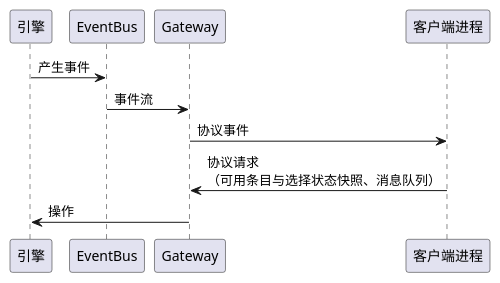
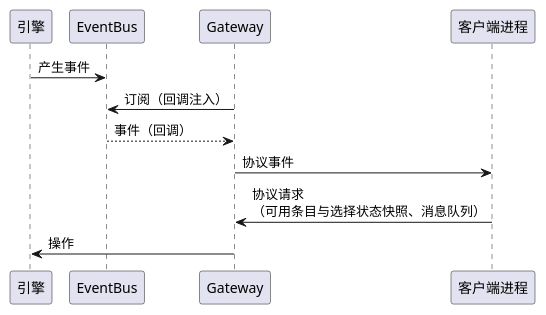
One commit to pisciculus0413/Pisces changed the tenth of 10 diagrams in docs/1 High-Level Design/1 High-Level Design.md. Above: the diagram before and after it, drawn with PlantUML. The commit also changed other lines of this file, not shown here.

````diff
--- a/docs/1 High-Level Design/1 High-Level Design.md
+++ b/docs/1 High-Level Design/1 High-Level Design.md
@@ -588,14 +680,15 @@
 ```plantuml
 @startuml
 participant "引擎" as engine
 participant "EventBus" as EventBus
 participant "Gateway" as Gateway
 participant "客户端进程" as client
 
 engine -> EventBus : 产生事件
-EventBus -> Gateway : 事件流
+Gateway -> EventBus : 订阅（回调注入）
+EventBus --> Gateway : 事件（回调）
 Gateway -> client : 协议事件
 client -> Gateway : 协议请求\n（可用条目与选择状态快照、消息队列）
 Gateway -> engine : 操作
 @enduml
 ```
````
